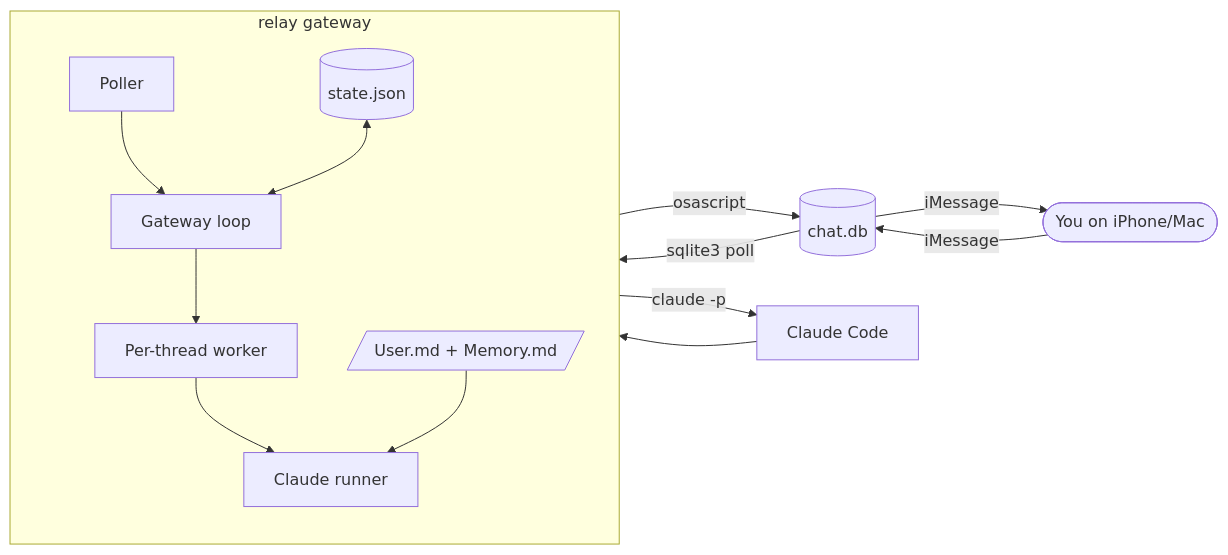
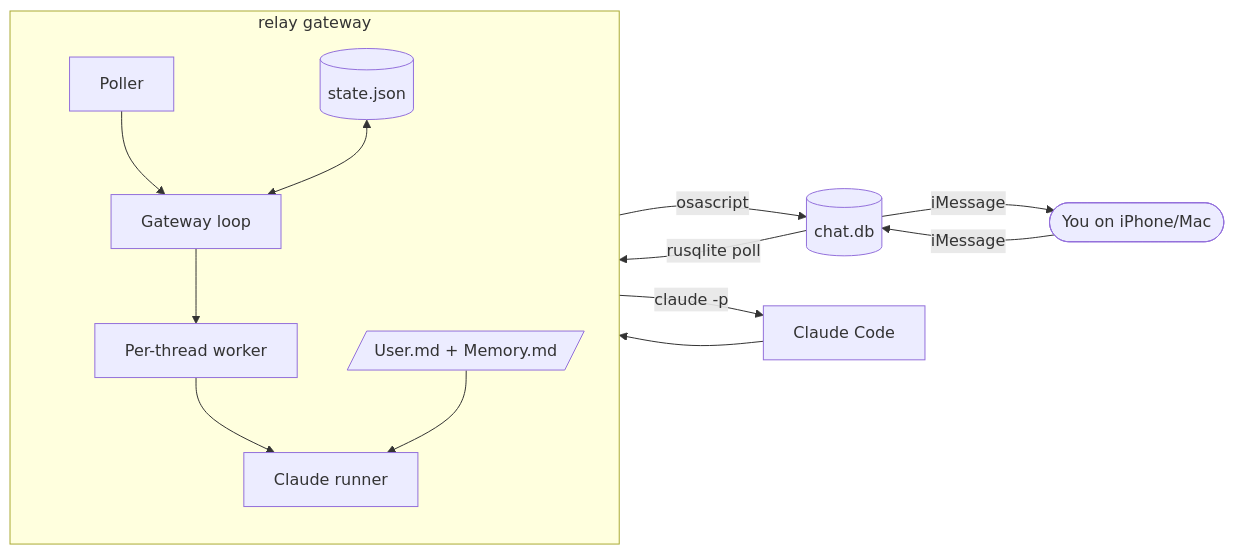
The first of 7 diagrams in docs/architecture.md (edheltzel/Relay), drawn with Mermaid before and after one commit. The commit also changed other lines of this file and 29 other files, not shown here.

````diff
--- a/docs/architecture.md
+++ b/docs/architecture.md
@@ -34,17 +34,17 @@
 ```mermaid
 flowchart LR
     user([You on iPhone/Mac]) -->|iMessage| db[(chat.db)]
-    db -->|sqlite3 poll| relay
+    db -->|rusqlite poll| relay
     subgraph relay[relay gateway]
         direction TB
         poller[Poller] --> loop[Gateway loop]
         loop --> worker[Per-thread worker]
         worker --> runner[Claude runner]
         store[(state.json)] <--> loop
         mem[/User.md + Memory.md/] --> runner
     end
     runner -->|claude -p| cc[Claude Code]
     cc --> runner
     worker -->|osascript| db
     db -->|iMessage| user
 ```
````
